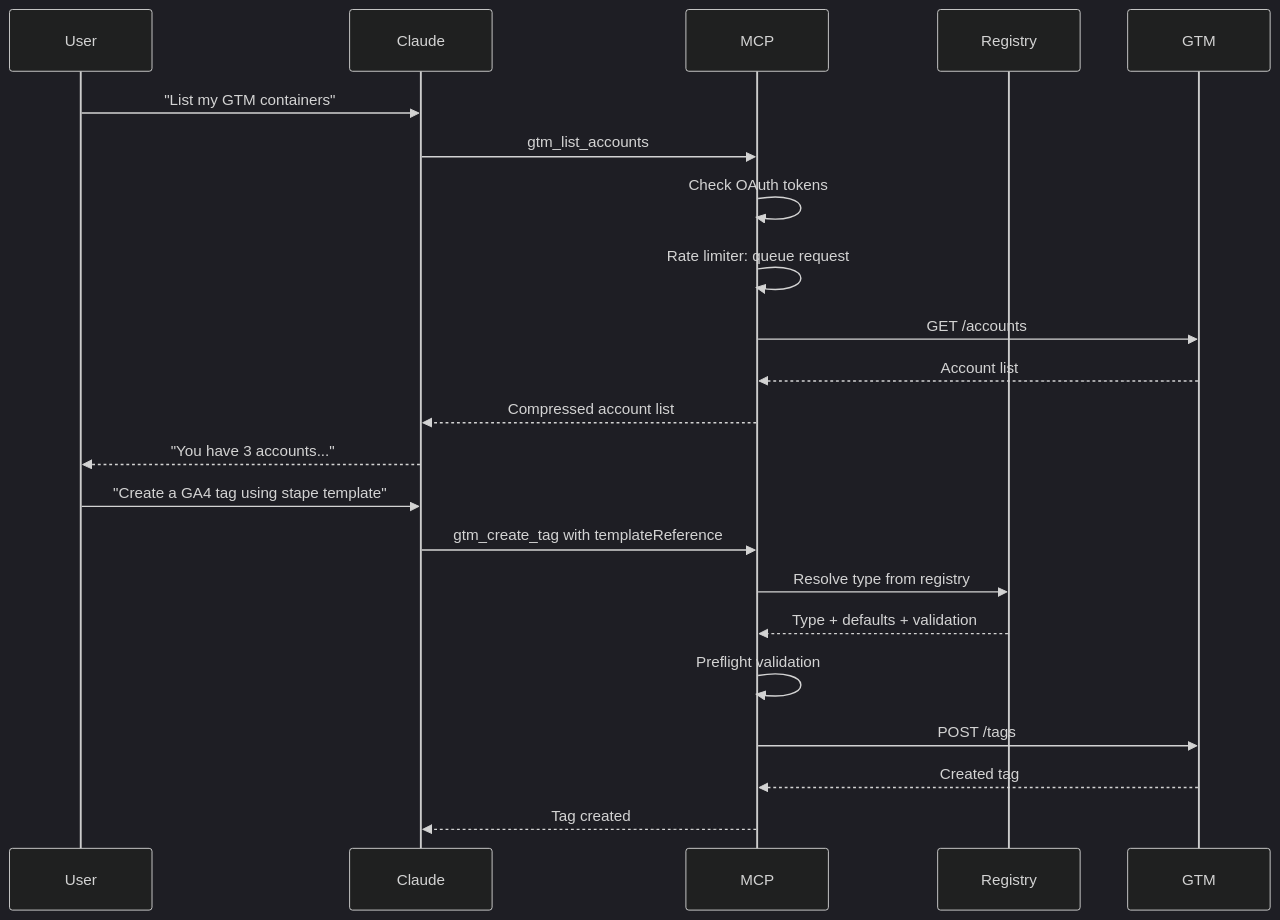
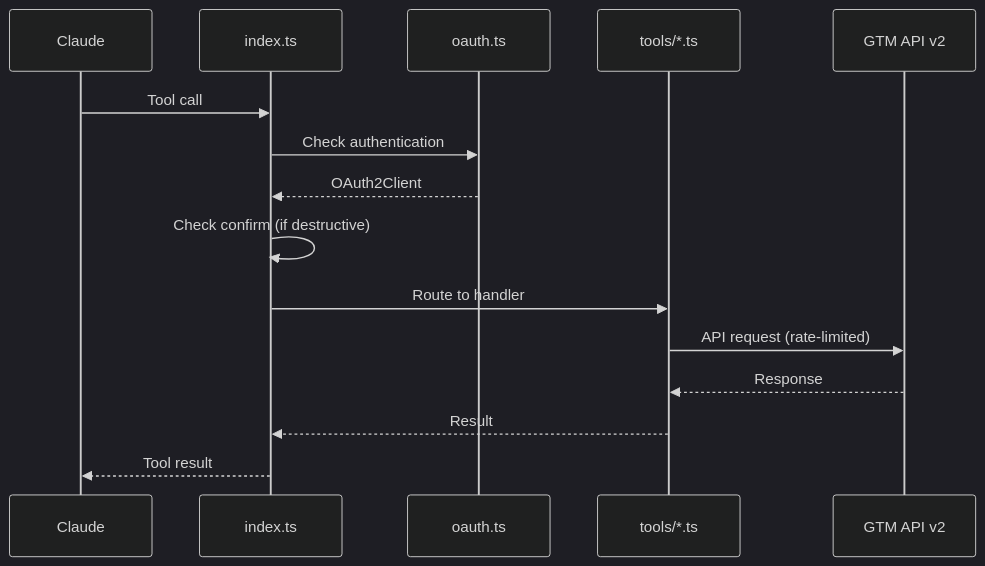
One commit to banana-orama/Google-Tag-Manager-Hilfe changed the second of 3 diagrams in docs/CODEBASE_MAP.md. Above: the diagram before and after it, drawn with Mermaid (dark theme). The commit also changed other lines of this file and 1 other file, not shown here.

````diff
--- a/docs/CODEBASE_MAP.md
+++ b/docs/CODEBASE_MAP.md
@@ -250,26 +202,18 @@
 ```mermaid
 sequenceDiagram
-    participant User
     participant Claude
-    participant MCP
-    participant Registry
-    participant GTM
+    participant MCP as index.ts
+    participant Auth as oauth.ts
+    participant Tools as tools/*.ts
+    participant GTM as GTM API v2
 
-    User->>Claude: "List my GTM containers"
-    Claude->>MCP: gtm_list_accounts
-    MCP->>MCP: Check OAuth tokens
-    MCP->>MCP: Rate limiter: queue request
-    MCP->>GTM: GET /accounts
-    GTM-->>MCP: Account list
-    MCP-->>Claude: Compressed account list
-    Claude-->>User: "You have 3 accounts..."
-    
-    User->>Claude: "Create a GA4 tag using stape template"
-    Claude->>MCP: gtm_create_tag with templateReference
-    MCP->>Registry: Resolve type from registry
-    Registry-->>MCP: Type + defaults + validation
-    MCP->>MCP: Preflight validation
-    MCP->>GTM: POST /tags
-    GTM-->>MCP: Created tag
-    MCP-->>Claude: Tag created
+    Claude->>MCP: Tool call
+    MCP->>Auth: Check authentication
+    Auth-->>MCP: OAuth2Client
+    MCP->>MCP: Check confirm (if destructive)
+    MCP->>Tools: Route to handler
+    Tools->>GTM: API request (rate-limited)
+    GTM-->>Tools: Response
+    Tools-->>MCP: Result
+    MCP-->>Claude: Tool result
 ```
````
